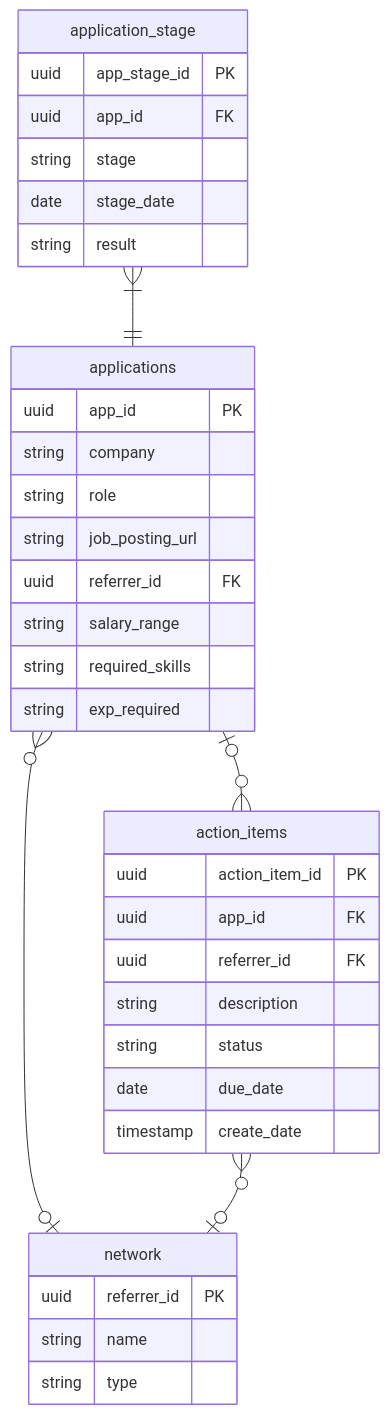
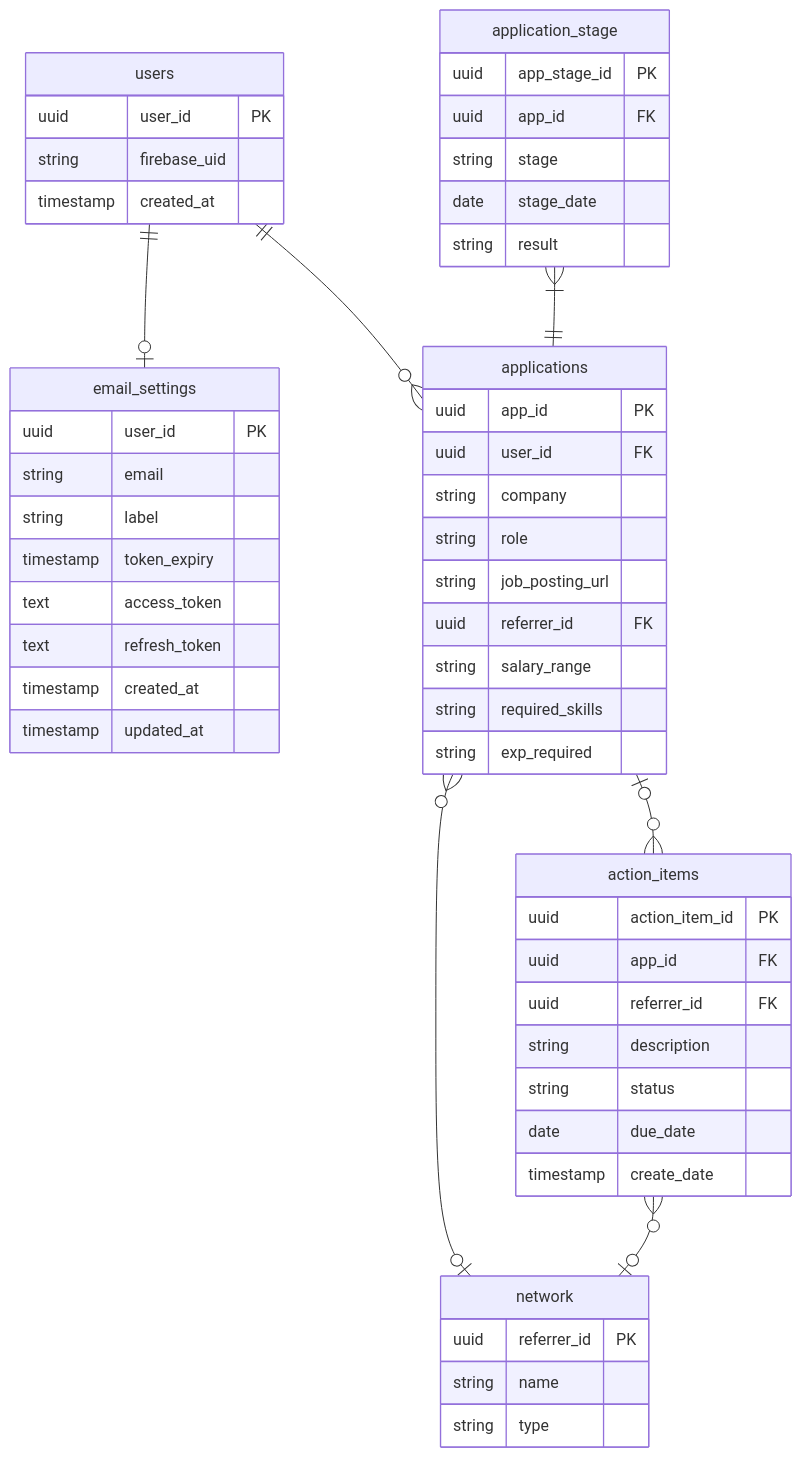
The second of 2 diagrams in README.md (kaikaikoala/your-job-hunt), drawn with Mermaid before and after one commit. The commit also changed other lines of this file and 19 other files, not shown here.

````diff
--- a/README.md
+++ b/README.md
@@ -222,42 +226,62 @@
 ```mermaid
 erDiagram
+    users {
+        uuid user_id PK
+        string firebase_uid
+        timestamp created_at
+    }
+    users ||--o| email_settings : ""
+    users ||--o{ applications : ""
+
+    email_settings {
+        uuid user_id PK
+        string email
+        string label
+        timestamp token_expiry
+        text access_token
+        text refresh_token
+        timestamp created_at
+        timestamp updated_at
+    }
+
     application_stage {
         uuid app_stage_id PK
         uuid app_id FK
         string stage
         date stage_date
         string result
     }
     application_stage }|--|| applications : ""
 
     applications {
         uuid app_id PK
+        uuid user_id FK
         string company
         string role
         string job_posting_url
         uuid referrer_id FK
         string salary_range
         string required_skills
         string exp_required
     }
     applications |o--o{ action_items : ""
     applications }o--o| network : ""
 
     action_items }o--o| network : ""
 
     action_items {
         uuid action_item_id PK
         uuid app_id FK
         uuid referrer_id FK
         string description
         string status
         date due_date
         timestamp create_date
     }
 
     network {
         uuid referrer_id PK
         string name
         string type
     }
 ```
````
